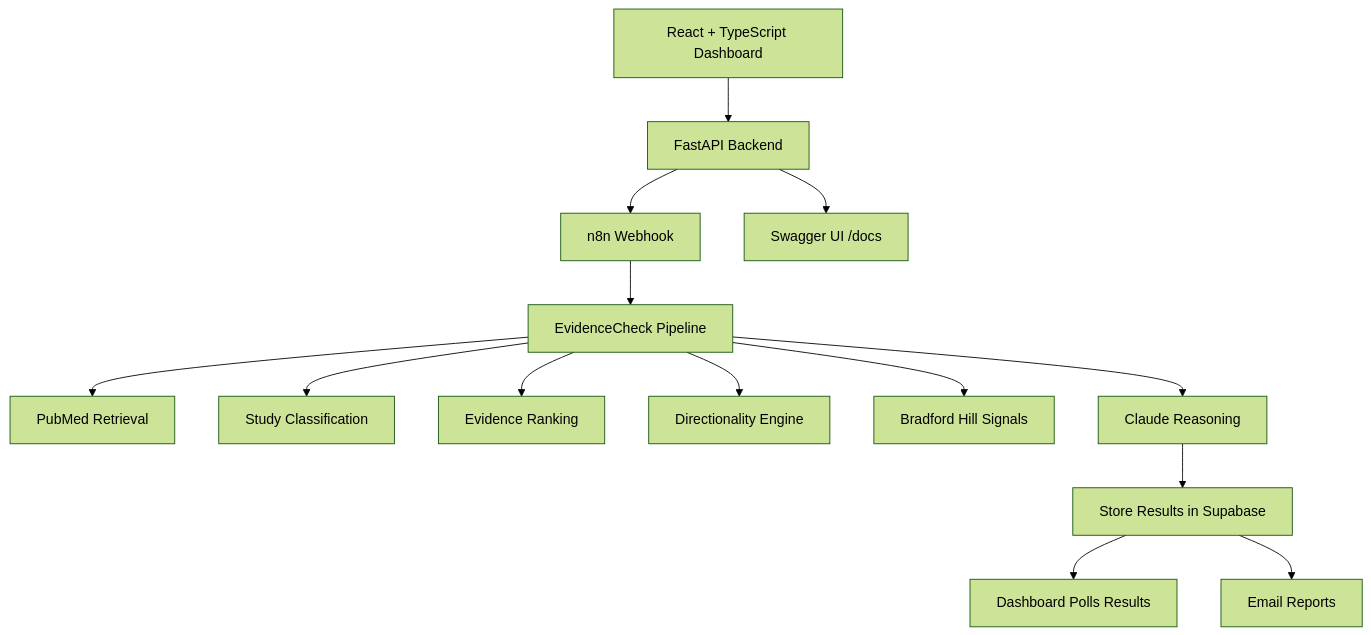
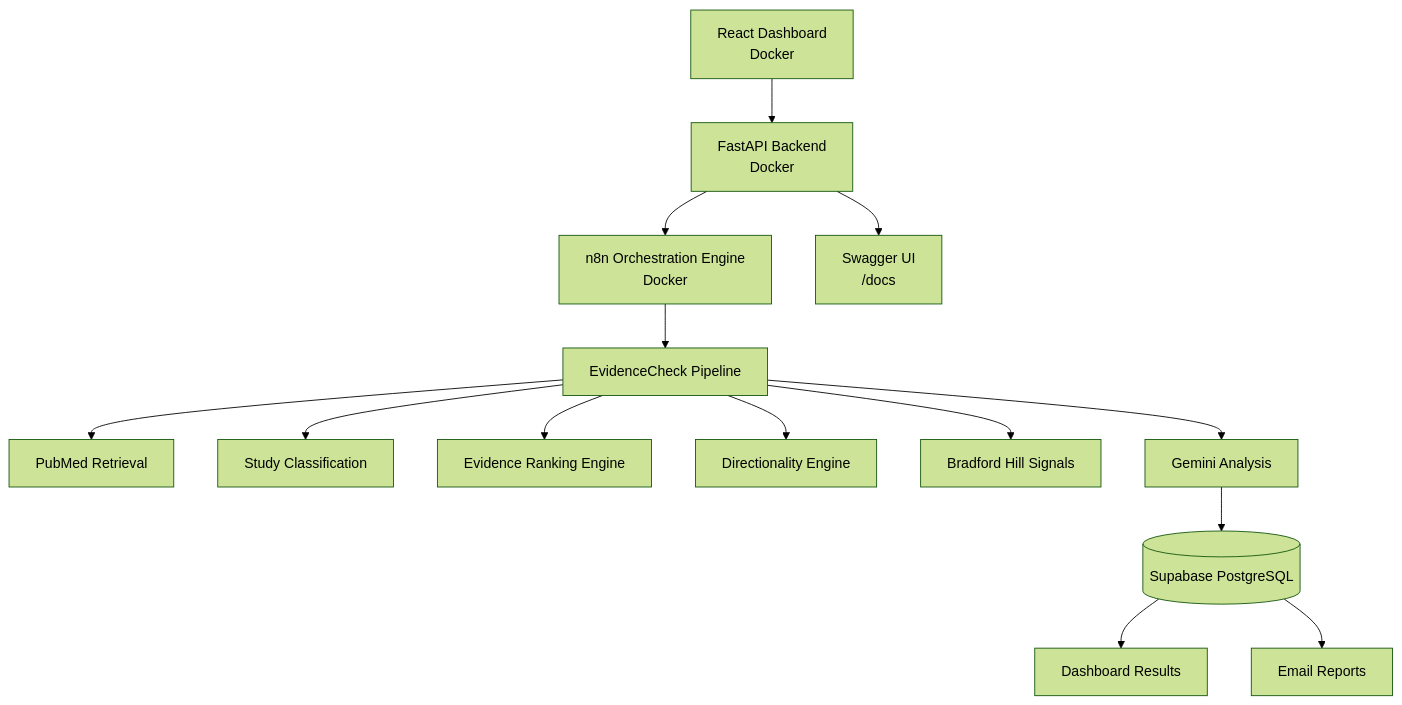
Before and after one commit to alejandro-orbis/EvidenceCheck-AI: the diagram in README.md, drawn with Mermaid (forest theme). The commit also changed other lines of this file, not shown here.

First line of the commit message:
Enhance README with Docker and environment variable details

````diff
--- a/README.md
+++ b/README.md
@@ -237,24 +238,24 @@
 ```mermaid
 flowchart TD
 
-A[React + TypeScript Dashboard]
---> B[FastAPI Backend]
+A[React Dashboard<br/>Docker]
+--> B[FastAPI Backend<br/>Docker]
 
-B --> C[n8n Webhook]
+B --> C[n8n Orchestration Engine<br/>Docker]
 
 C --> D[EvidenceCheck Pipeline]
 
 D --> E[PubMed Retrieval]
 D --> F[Study Classification]
-D --> G[Evidence Ranking]
+D --> G[Evidence Ranking Engine]
 D --> H[Directionality Engine]
 D --> I[Bradford Hill Signals]
-D --> J[Claude Reasoning]
+D --> J[Gemini Analysis]
 
-J --> K[Store Results in Supabase]
+J --> K[(Supabase PostgreSQL)]
 
-K --> L[Dashboard Polls Results]
+K --> L[Dashboard Results]
 K --> M[Email Reports]
 
-B --> N[Swagger UI /docs]
+B --> N[Swagger UI<br/>/docs]
 ```
````
